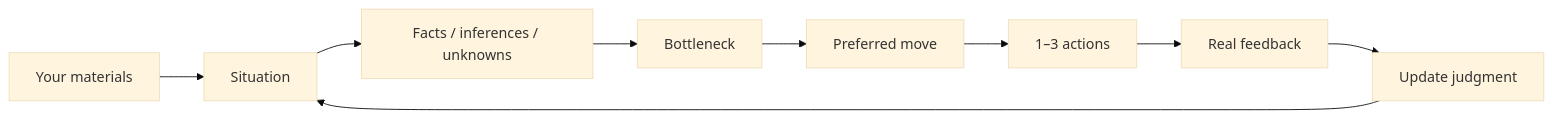
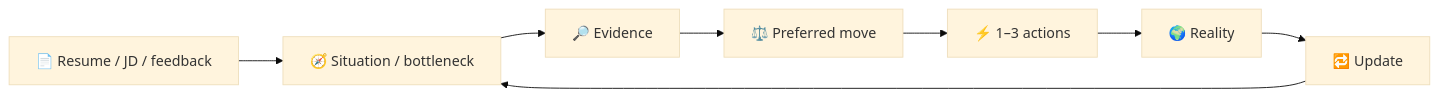
One commit to lavine888/Career-Junshi changed the diagram in README_EN.md. Above: the diagram before and after it, drawn with Mermaid (base theme). The commit also changed other lines of this file and 1 other file, not shown here.

````diff
--- a/README_EN.md
+++ b/README_EN.md
@@ -97,11 +101,10 @@
 ```mermaid
 flowchart LR
-    A["Your materials"] --> B["Situation"]
-    B --> C["Facts / inferences / unknowns"]
-    C --> D["Bottleneck"]
-    D --> E["Preferred move"]
-    E --> F["1–3 actions"]
-    F --> G["Real feedback"]
-    G --> H["Update judgment"]
-    H --> B
+    A["📄 Resume / JD / feedback"] --> B["🧭 Situation / bottleneck"]
+    B --> C["🔎 Evidence"]
+    C --> D["⚖️ Preferred move"]
+    D --> E["⚡ 1–3 actions"]
+    E --> F["🌍 Reality"]
+    F --> G["🔁 Update"]
+    G --> B
 ```
````
